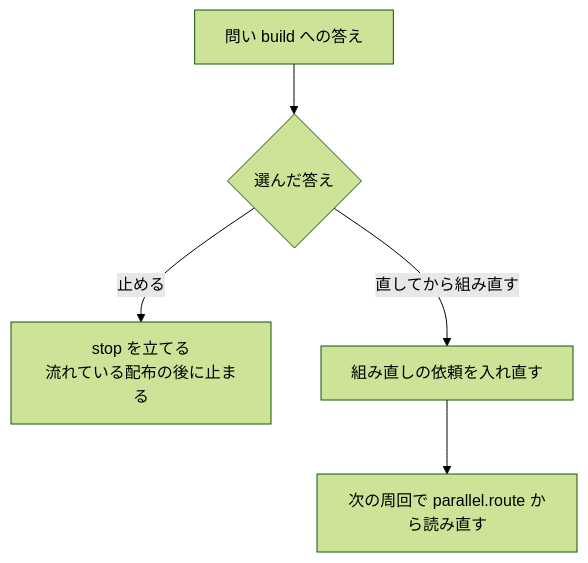
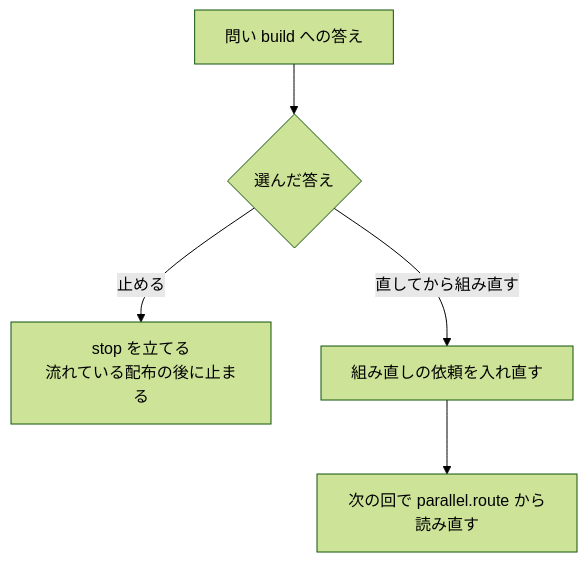
The fifth of 6 diagrams in issues/issue-2616-design.md (devbasex/ai-plugins), drawn with Mermaid (forest theme) before and after one commit. The commit also changed other lines of this file, not shown here.

````diff
--- a/issues/issue-2616-design.md
+++ b/issues/issue-2616-design.md
@@ -327,7 +333,7 @@
 ```mermaid
 graph TB
   A[問い build への答え] --> B{選んだ答え}
   B -- 止める --> C[stop を立てる<br/>流れている配布の後に止まる]
   B -- 直してから組み直す --> D[組み直しの依頼を入れ直す]
-  D --> E[次の周回で parallel.route から読み直す]
+  D --> E[次の回で parallel.route から読み直す]
 ```
````
